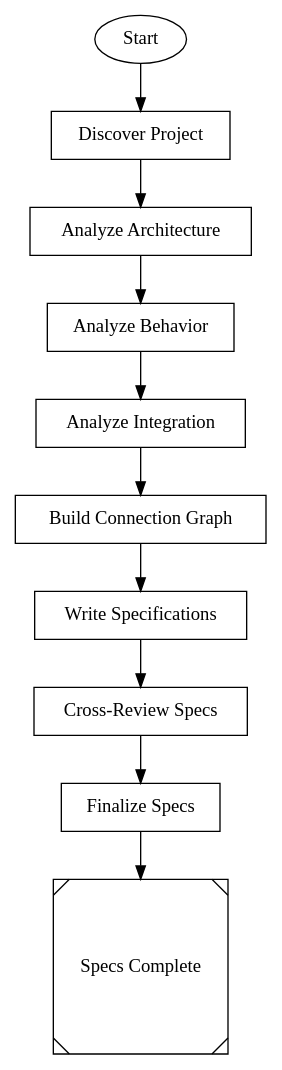
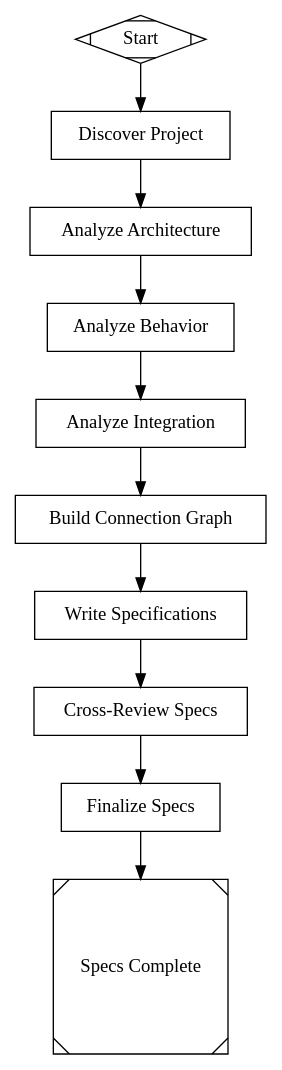
Before and after one commit to samueljklee/attractor: the diagram in examples/codebase_to_spec.dot, drawn with Graphviz. The commit also changed 44 other files, not shown here.

```diff
--- a/examples/codebase_to_spec.dot
+++ b/examples/codebase_to_spec.dot
@@ -33,7 +33,7 @@
 
     // ── Entry ──────────────────────────────────────────────────
 
-    start [shape=ellipse label="Start"]
+    start [shape=Mdiamond label="Start"]
 
     // ── Phase 1: Discover ──────────────────────────────────────
     //
```
